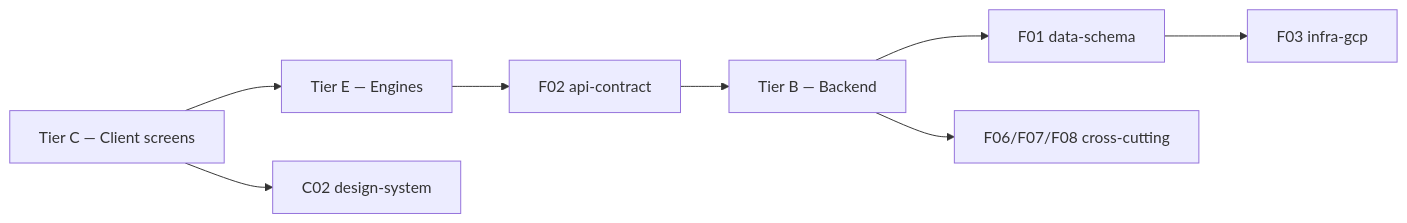
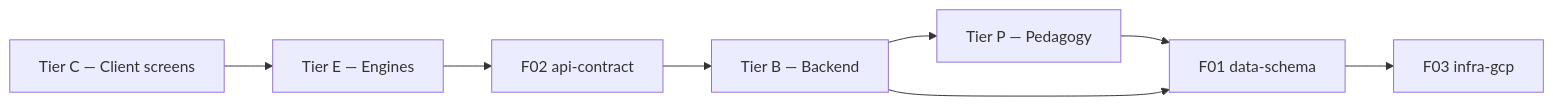
Before and after one commit to hola-manan/playwright: the first of 2 diagrams in docs/modules/README.md, drawn with Mermaid. The commit also changed other lines of this file and 50 other files, not shown here.

````diff
--- a/docs/modules/README.md
+++ b/docs/modules/README.md
@@ -34,10 +35,10 @@
 ```mermaid
 graph LR
     C[Tier C — Client screens] --> E[Tier E — Engines]
     E --> F2[F02 api-contract]
     F2 --> B[Tier B — Backend]
-    B --> F1[F01 data-schema]
+    B --> P[Tier P — Pedagogy]
+    P --> F1[F01 data-schema]
+    B --> F1
     F1 --> F3[F03 infra-gcp]
-    C --> F1c[C02 design-system]
-    B --> F7[F06/F07/F08 cross-cutting]
 ```
````
